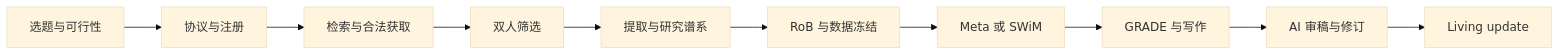
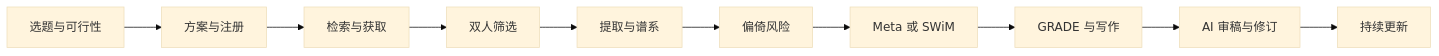
Before and after one commit to fsy2004/MetaWingman: the second of 2 diagrams in README.md, drawn with Mermaid (base theme). The commit also changed other lines of this file and 1 other file, not shown here.

````diff
--- a/README.md
+++ b/README.md
@@ -342,12 +172,12 @@
 ```mermaid
 flowchart LR
-    A[选题与可行性] --> B[协议与注册]
-    B --> C[检索与合法获取]
+    A[选题与可行性] --> B[方案与注册]
+    B --> C[检索与获取]
     C --> D[双人筛选]
-    D --> E[提取与研究谱系]
-    E --> F[RoB 与数据冻结]
+    D --> E[提取与谱系]
+    E --> F[偏倚风险]
     F --> G[Meta 或 SWiM]
     G --> H[GRADE 与写作]
     H --> I[AI 审稿与修订]
-    I --> J[Living update]
+    I --> J[持续更新]
 ```
````
